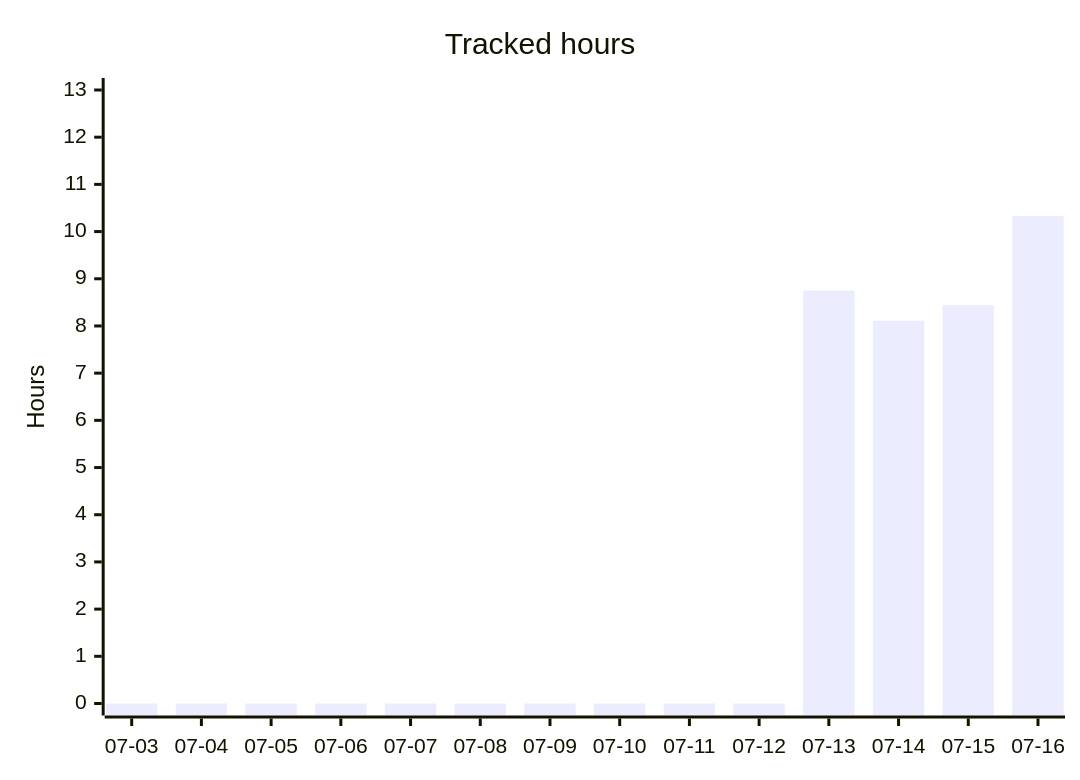
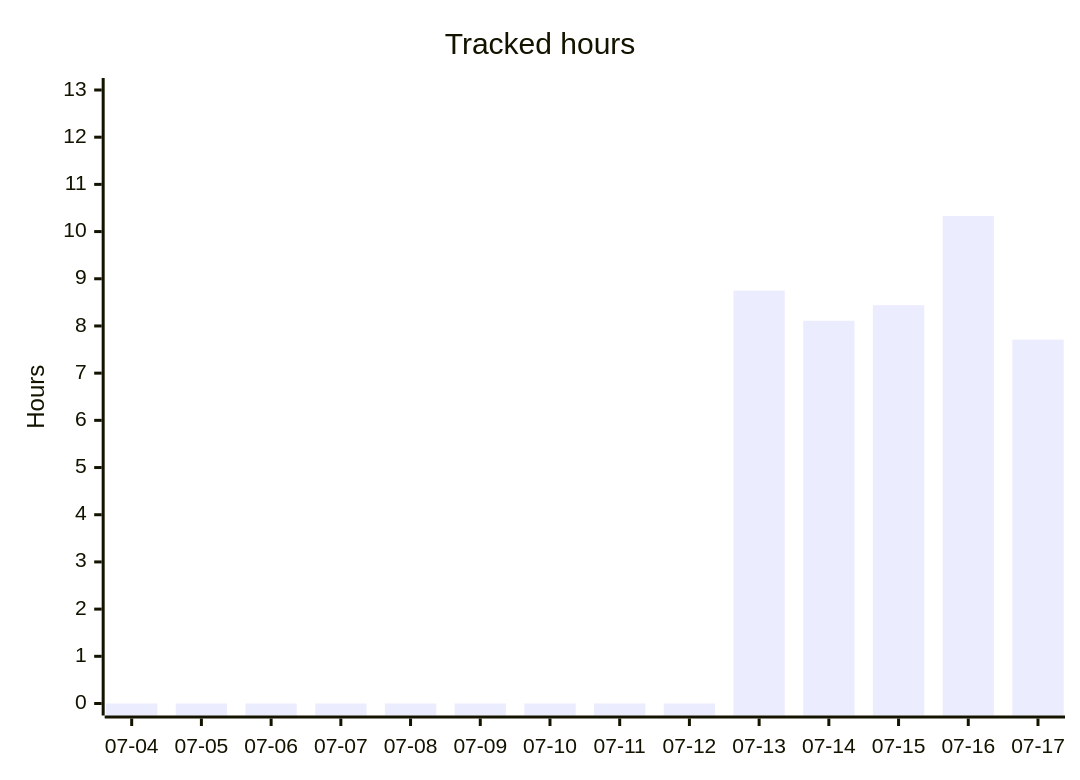
The second of 5 diagrams in README.org (albinforsberg-netizen/timeclock), drawn with Mermaid before and after one commit. The commit also changed other lines of this file, not shown here.

```diff
--- a/README.org
+++ b/README.org
@@ -91,7 +91,7 @@
 #+begin_src mermaid
 xychart-beta
     title "Tracked hours"
-    x-axis ["07-03", "07-04", "07-05", "07-06", "07-07", "07-08", "07-09", "07-10", "07-11", "07-12", "07-13", "07-14", "07-15", "07-16"]
+    x-axis ["07-04", "07-05", "07-06", "07-07", "07-08", "07-09", "07-10", "07-11", "07-12", "07-13", "07-14", "07-15", "07-16", "07-17"]
     y-axis "Hours" 0 --> 13
-    bar [0.00, 0.00, 0.00, 0.00, 0.00, 0.00, 0.00, 0.00, 0.00, 0.00, 8.75, 8.11, 8.44, 10.33]
+    bar [0.00, 0.00, 0.00, 0.00, 0.00, 0.00, 0.00, 0.00, 0.00, 8.75, 8.11, 8.44, 10.33, 7.71]
 #+end_src
```
